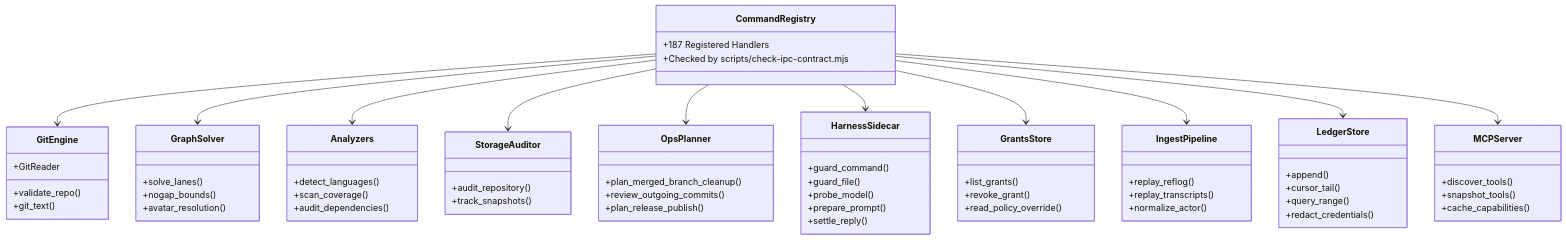
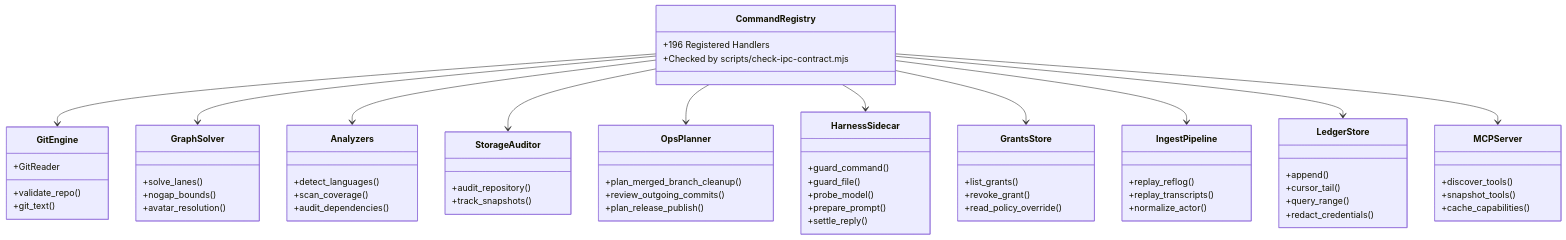
One commit to bharathvbcr/GitPulse changed the third of 4 diagrams in docs/ARCHITECTURE.md. Above: the diagram before and after it, drawn with Mermaid. The commit also changed other lines of this file and 43 other files, not shown here.

````diff
--- a/docs/ARCHITECTURE.md
+++ b/docs/ARCHITECTURE.md
@@ -150,70 +150,70 @@
 ```mermaid
 classDiagram
     class CommandRegistry {
-        +187 Registered Handlers
+        +196 Registered Handlers
         +Checked by scripts/check-ipc-contract.mjs
     }
     class GitEngine {
         +validate_repo()
         +git_text()
         +GitReader
     }
     class GraphSolver {
         +solve_lanes()
         +nogap_bounds()
         +avatar_resolution()
     }
     class Analyzers {
         +detect_languages()
         +scan_coverage()
         +audit_dependencies()
     }
     class StorageAuditor {
         +audit_repository()
         +track_snapshots()
     }
     class GrantsStore {
         +list_grants()
         +revoke_grant()
         +read_policy_override()
     }
     class IngestPipeline {
         +replay_reflog()
         +replay_transcripts()
         +normalize_actor()
     }
     class LedgerStore {
         +append()
         +cursor_tail()
         +query_range()
         +redact_credentials()
     }
     class OpsPlanner {
         +plan_merged_branch_cleanup()
         +review_outgoing_commits()
         +plan_release_publish()
     }
     class MCPServer {
         +discover_tools()
         +snapshot_tools()
         +cache_capabilities()
     }
     class HarnessSidecar {
         +guard_command()
         +guard_file()
         +probe_model()
         +prepare_prompt()
         +settle_reply()
     }
 
     CommandRegistry --> GitEngine
     CommandRegistry --> GraphSolver
     CommandRegistry --> Analyzers
     CommandRegistry --> StorageAuditor
     CommandRegistry --> OpsPlanner
     CommandRegistry --> HarnessSidecar
     CommandRegistry --> GrantsStore
     CommandRegistry --> IngestPipeline
     CommandRegistry --> LedgerStore
     CommandRegistry --> MCPServer
 ```
````
